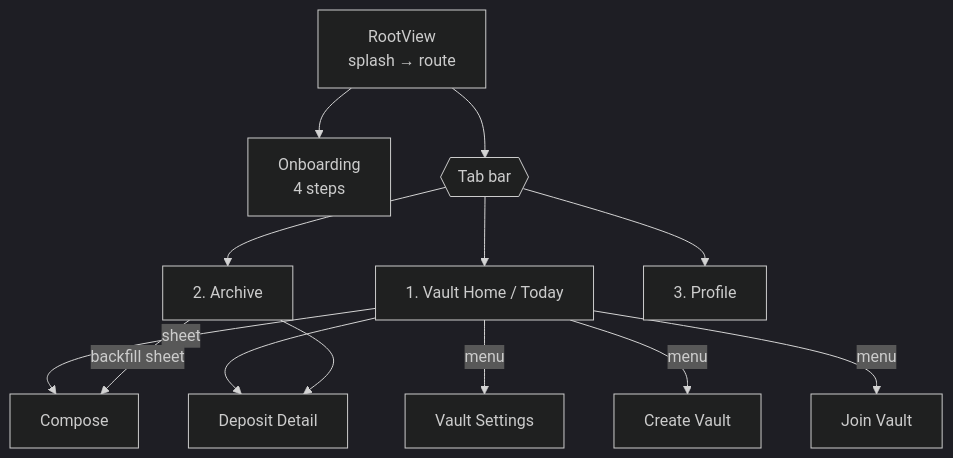
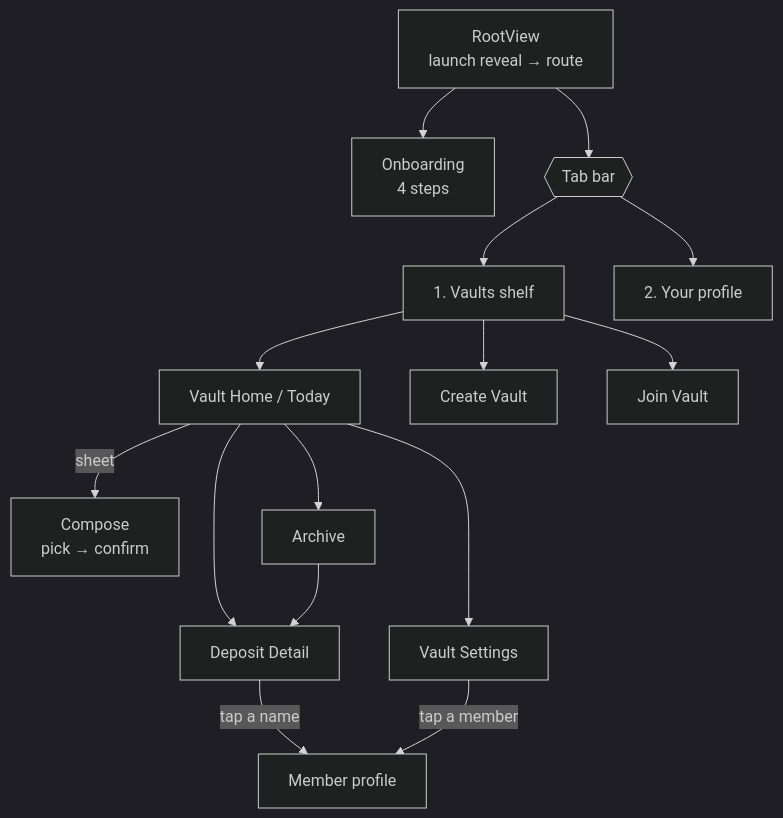
The second of 6 diagrams in Vault/OVERVIEW.md (XpertiCON106/HuddlePals), drawn with Mermaid (dark theme) before and after one commit. The commit also changed other lines of this file and 43 other files, not shown here.

````diff
--- a/Vault/OVERVIEW.md
+++ b/Vault/OVERVIEW.md
@@ -89,15 +91,17 @@
 ```mermaid
 flowchart TD
-    Root[RootView<br>splash → route] --> OB[Onboarding<br>4 steps]
+    Root[RootView<br>launch reveal → route] --> OB[Onboarding<br>4 steps]
     Root --> Tabs{{Tab bar}}
-    Tabs --> Home[1. Vault Home / Today]
-    Tabs --> Arch[2. Archive]
-    Tabs --> Prof[3. Profile]
-    Home -- sheet --> Compose[Compose]
+    Tabs --> List[1. Vaults shelf]
+    Tabs --> Prof[2. Your profile]
+    List --> Home[Vault Home / Today]
+    List --> Create[Create Vault]
+    List --> Join[Join Vault]
+    Home -- sheet --> Compose[Compose<br>pick → confirm]
+    Home --> Arch[Archive]
     Home --> Detail[Deposit Detail]
-    Home -- menu --> Settings[Vault Settings]
-    Home -- menu --> Create[Create Vault]
-    Home -- menu --> Join[Join Vault]
+    Home --> Settings[Vault Settings]
     Arch --> Detail
-    Arch -- backfill sheet --> Compose
+    Detail -- tap a name --> UP[Member profile]
+    Settings -- tap a member --> UP
 ```
````
